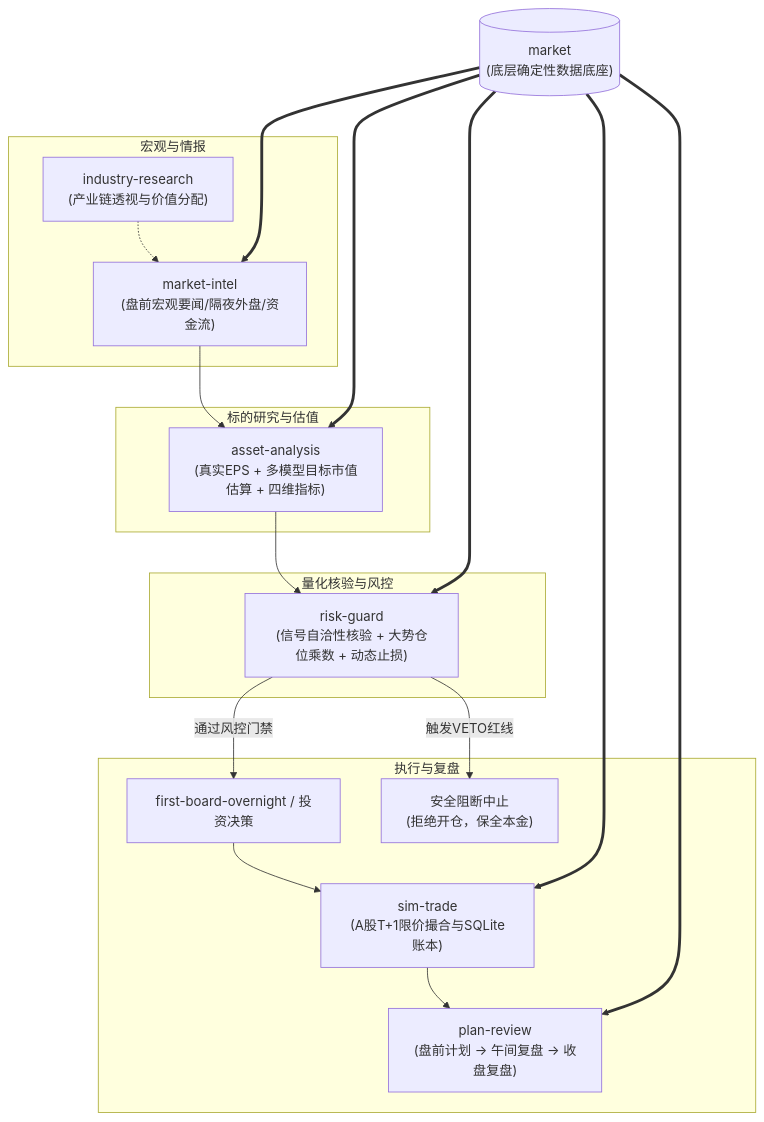
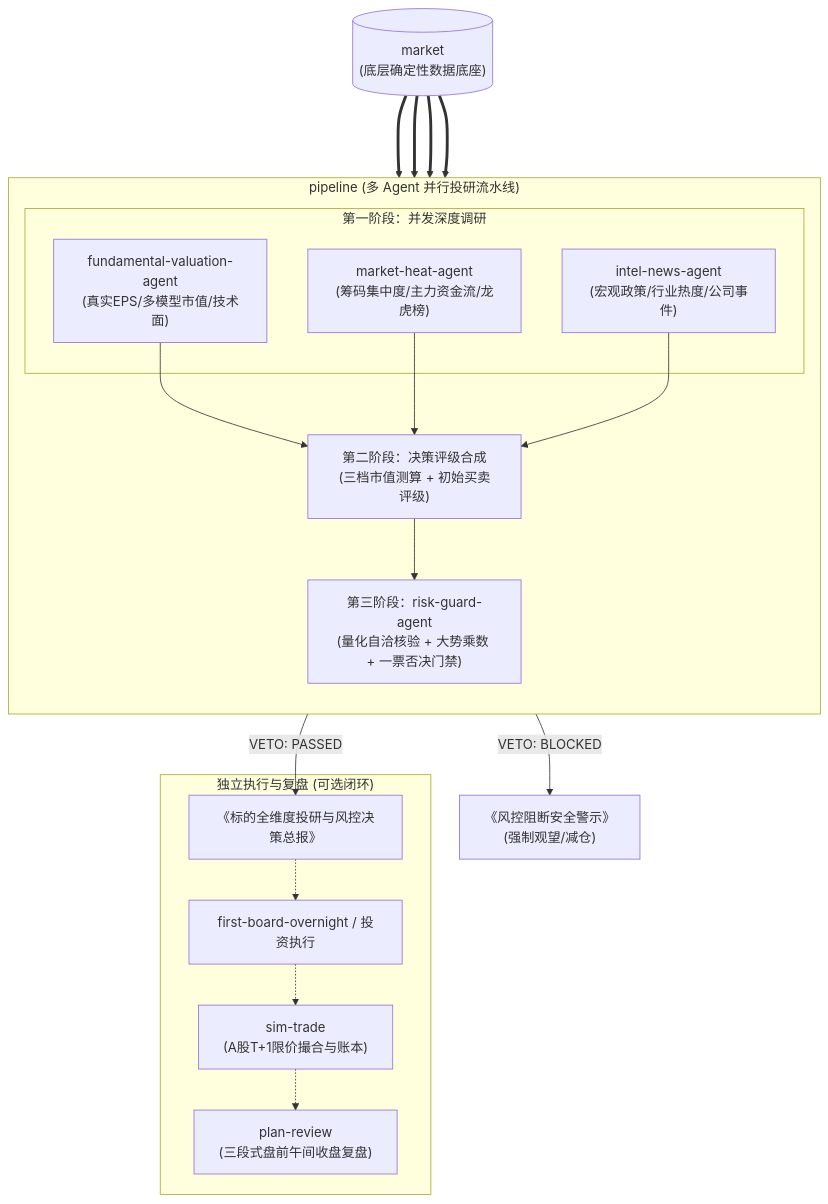
The diagram in README.md (Fize/mmtickerlab), drawn with Mermaid before and after one commit. The commit also changed other lines of this file and 1 other file, not shown here.

Commit message:
feat(pipeline): 新增多 Agent 并行投研与风控决策流水线技能

````diff
--- a/README.md
+++ b/README.md
@@ -28,27 +29,24 @@
 ```mermaid
 flowchart TD
-    subgraph 宏观与情报
-        A["industry-research<br/>(产业链透视与价值分配)"] -.-> B["market-intel<br/>(盘前宏观要闻/隔夜外盘/资金流)"]
+    subgraph 并行投研流水线 ["pipeline (多 Agent 并行投研流水线)"]
+        direction TB
+        subgraph Phase1 ["第一阶段：并发深度调研"]
+            P1A["fundamental-valuation-agent<br/>(真实EPS/多模型市值/技术面)"]
+            P1B["market-heat-agent<br/>(筹码集中度/主力资金流/龙虎榜)"]
+            P1C["intel-news-agent<br/>(宏观政策/行业热度/公司事件)"]
+        end
+        P1A & P1B & P1C --> Synth["第二阶段：决策评级合成<br/>(三档市值测算 + 初始买卖评级)"]
+        Synth --> Phase3["第三阶段：risk-guard-agent<br/>(量化自洽核验 + 大势乘数 + 一票否决门禁)"]
     end
 
-    subgraph 标的研究与估值
-        B --> C["asset-analysis<br/>(真实EPS + 多模型目标市值估算 + 四维指标)"]
+    Phase3 -->|VETO: PASSED| Report["《标的全维度投研与风控决策总报》"]
+    Phase3 -->|VETO: BLOCKED| Blocked["《风控阻断安全警示》<br/>(强制观望/减仓)"]
+
+    subgraph 独立执行与复盘 ["独立执行与复盘 (可选闭环)"]
+        Report -.-> E["first-board-overnight / 投资执行"]
+        E -.-> F["sim-trade<br/>(A股T+1限价撮合与账本)"]
+        F -.-> G["plan-review<br/>(三段式盘前午间收盘复盘)"]
     end
 
-    subgraph 量化核验与风控
-        C --> D["risk-guard<br/>(信号自洽性核验 + 大势仓位乘数 + 动态止损)"]
-    end
-
-    subgraph 执行与复盘
-        D -->|通过风控门禁| E["first-board-overnight / 投资决策"]
-        E --> F["sim-trade<br/>(A股T+1限价撮合与SQLite账本)"]
-        D -->|触发VETO红线| X["安全阻断中止<br/>(拒绝开仓，保全本金)"]
-        F --> G["plan-review<br/>(盘前计划 -> 午间复盘 -> 收盘复盘)"]
-    end
-
-    market[("market<br/>(底层确定性数据底座)")] ===> B
-    market ===> C
-    market ===> D
-    market ===> F
-    market ===> G
+    market[("market<br/>(底层确定性数据底座)")] ===> P1A & P1B & P1C & Phase3
 ```
````
